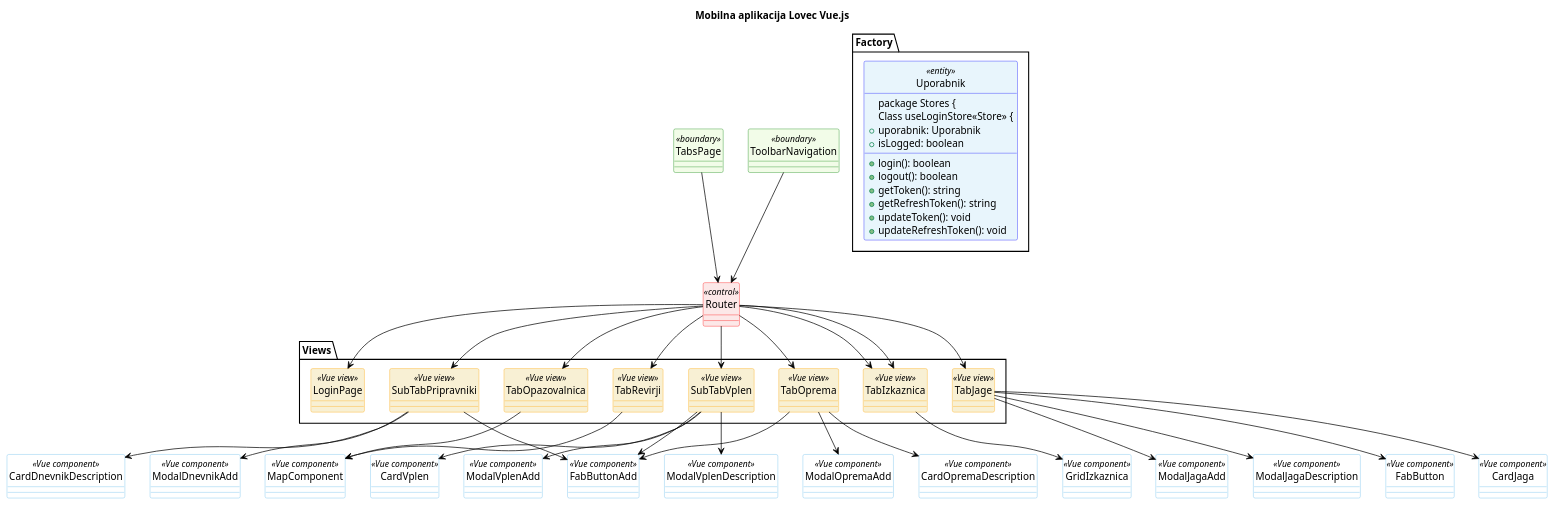
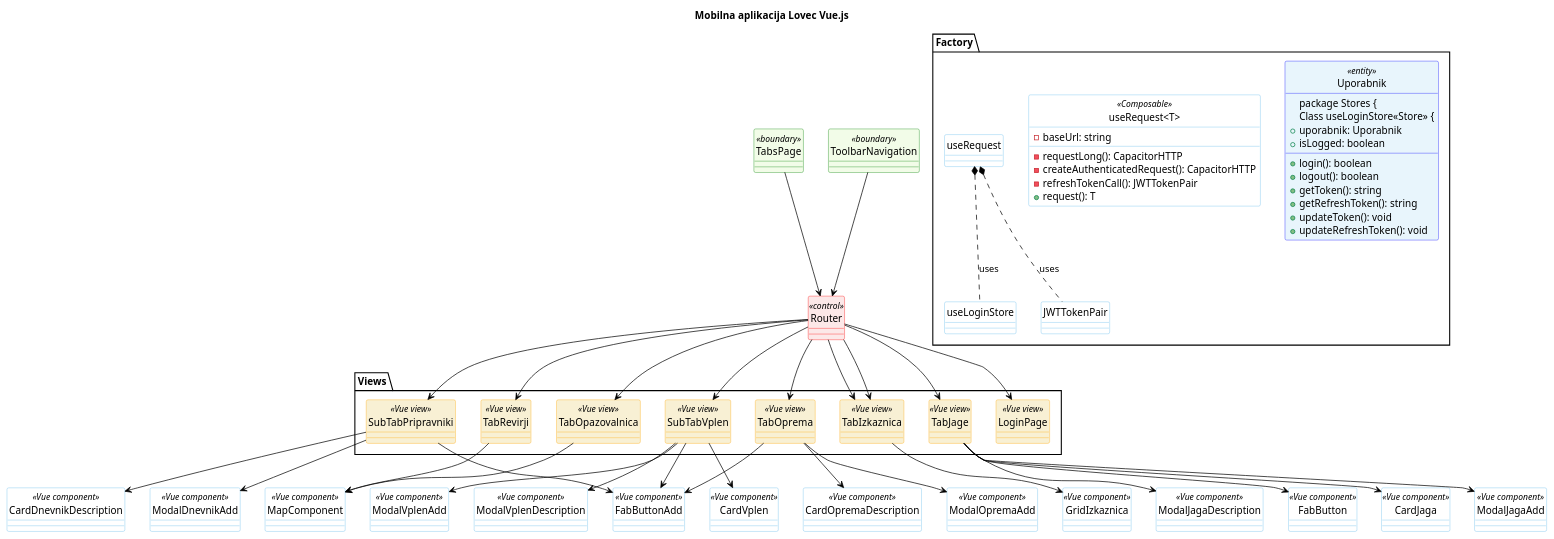
The diagram in docs/uml/front-end.wsd (janmerhar/lovec), drawn with PlantUML before and after one commit.

Commit message:
Add useRequest in FE UML

```diff
--- a/docs/uml/front-end.wsd
+++ b/docs/uml/front-end.wsd
@@ -1,167 +1,178 @@
 @startuml Mobilna aplikacija Lovec Vue.js
 
 title Mobilna aplikacija Lovec Vue.js
 
 skinparam class {
   backgroundColor white
   borderColor #5FB8EC
   arrowColor black
 }
 skinparam class<<entity>> {
   backgroundColor #e8f5fc
   borderColor Blue
 }
 skinparam class<<control>> {
   backgroundColor #fce8e8
   borderColor Red
 }
 skinparam class<<boundary>> {
   backgroundColor #f2fce8
   borderColor Green
 }
 skinparam class<<External API>>{
   backgroundColor #f8f0d4
   borderColor Orange
 }
 skinparam class<<Vue view>>{
   backgroundColor #f8f0d4
   borderColor Orange
 }
 
 ' skinparam shadowing false
 skinparam style strictuml
 skinparam defaultTextAlignment center
 ' skinparam packageStyle rectangle
 skinparam groupInheritance 5
 hide circle
 ' hide members
 
 '---------Razredi---------------------------
 class TabsPage<<boundary>>
 class ToolbarNavigation<<boundary>>
 
 class Router<<control>>{
 }
 
 TabsPage --> Router
 ToolbarNavigation --> Router
 
 package Views{
   Class SubTabPripravniki<<Vue view>>{
   }
 
   Class TabRevirji<<Vue view>>{
   }
 
   Class TabOpazovalnica<<Vue view>>{
   }
 
   Class SubTabVplen<<Vue view>>{
   }
 
   Class TabOprema<<Vue view>>{
   }
 
   Class TabIzkaznica<<Vue view>>{
   }
 
   Class TabJage<<Vue view>>{
   }
 
   Class TabIzkaznica<<Vue view>>{
   }
 
   Class LoginPage<<Vue view>>{
   }
 }
 
 Router --> SubTabPripravniki
 Router --> TabRevirji
 Router --> TabOpazovalnica
 Router --> SubTabVplen
 Router --> TabOprema
 Router --> TabIzkaznica
 Router --> TabJage
 Router --> TabIzkaznica
 Router --> LoginPage
 
 Class FabButton<<Vue component>>{
 }
 Class CardJaga<<Vue component>>{
 }
 Class ModalJagaAdd<<Vue component>>{
 }
 Class ModalJagaDescription<<Vue component>>{
 }
 
 TabJage --> FabButton
 TabJage --> CardJaga
 TabJage --> ModalJagaAdd
 TabJage --> ModalJagaDescription
 
 Class GridIzkaznica<<Vue component>>{
 }
 
 TabIzkaznica --> GridIzkaznica
 
 Class FabButtonAdd<<Vue component>>{
 }
 Class ModalOpremaAdd<<Vue component>>{
 }
 Class CardOpremaDescription<<Vue component>>{
 }
 
 TabOprema --> FabButtonAdd
 TabOprema --> ModalOpremaAdd
 TabOprema --> CardOpremaDescription
 
 ' Class FabButtonAdd<<Vue component>>{
 ' }
 Class CardVplen<<Vue component>>{
 }
 Class ModalVplenAdd<<Vue component>>{
 }
 Class ModalVplenDescription<<Vue component>>{
 }
 
 SubTabVplen --> FabButtonAdd
 SubTabVplen --> CardVplen
 SubTabVplen --> ModalVplenAdd
 SubTabVplen --> ModalVplenDescription
 
 Class MapComponent<<Vue component>>{
 }
 
 TabOpazovalnica --> MapComponent
 
 TabRevirji --> MapComponent
 
 ' Class FabButtonAdd<<Vue component>>{
 ' }
 Class ModalDnevnikAdd<<Vue component>>{
 }
 Class CardDnevnikDescription<<Vue component>>{
 }
 
 SubTabPripravniki --> FabButtonAdd
 SubTabPripravniki --> ModalDnevnikAdd
 SubTabPripravniki --> CardDnevnikDescription
 
 package Factory{
   Class Uporabnik<<entity>> {
 
 package Stores {
   Class useLoginStore<<Store>> {
     + uporabnik: Uporabnik
     + isLogged: boolean
 
     + login(): boolean
     + logout(): boolean
     + getToken(): string
     + getRefreshToken(): string
     + updateToken(): void
     + updateRefreshToken(): void
   }
+  Class "useRequest<T>"<<Composable>> {
+    - baseUrl: string
+
+    - requestLong(): CapacitorHTTP
+    - createAuthenticatedRequest(): CapacitorHTTP
+    - refreshTokenCall(): JWTTokenPair
+    + request(): T
+  }
+
+  useRequest *.. useLoginStore: uses
+  useRequest *.. JWTTokenPair: uses
 }
 
 @enduml
```
